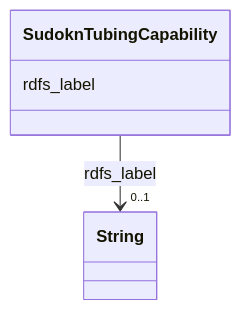
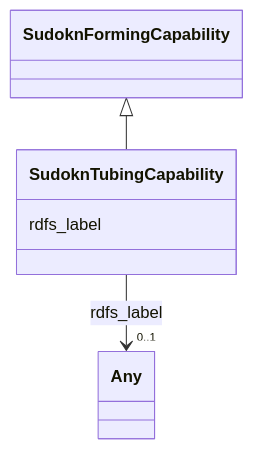
Before and after one commit to frink-okn/graph-descriptions: the diagram in sudokn-kg/classes/SudoknTubingCapability.md, drawn with Mermaid. The commit also changed other lines of this file and 903 other files, not shown here.

````diff
--- a/sudokn-kg/classes/SudoknTubingCapability.md
+++ b/sudokn-kg/classes/SudoknTubingCapability.md
@@ -23,15 +18,18 @@
 ```mermaid
  classDiagram
     class SudoknTubingCapability
     click SudoknTubingCapability href "../SudoknTubingCapability"
+      SudoknFormingCapability <|-- SudoknTubingCapability
+        click SudoknFormingCapability href "../SudoknFormingCapability"
+      
       SudoknTubingCapability : rdfs_label
         
           
     
     
-    SudoknTubingCapability --> "0..1" String : rdfs_label
-    click String href "../String"
+    SudoknTubingCapability --> "0..1" Any : rdfs_label
+    click Any href "../Any"
 
         
       
 ```
````
